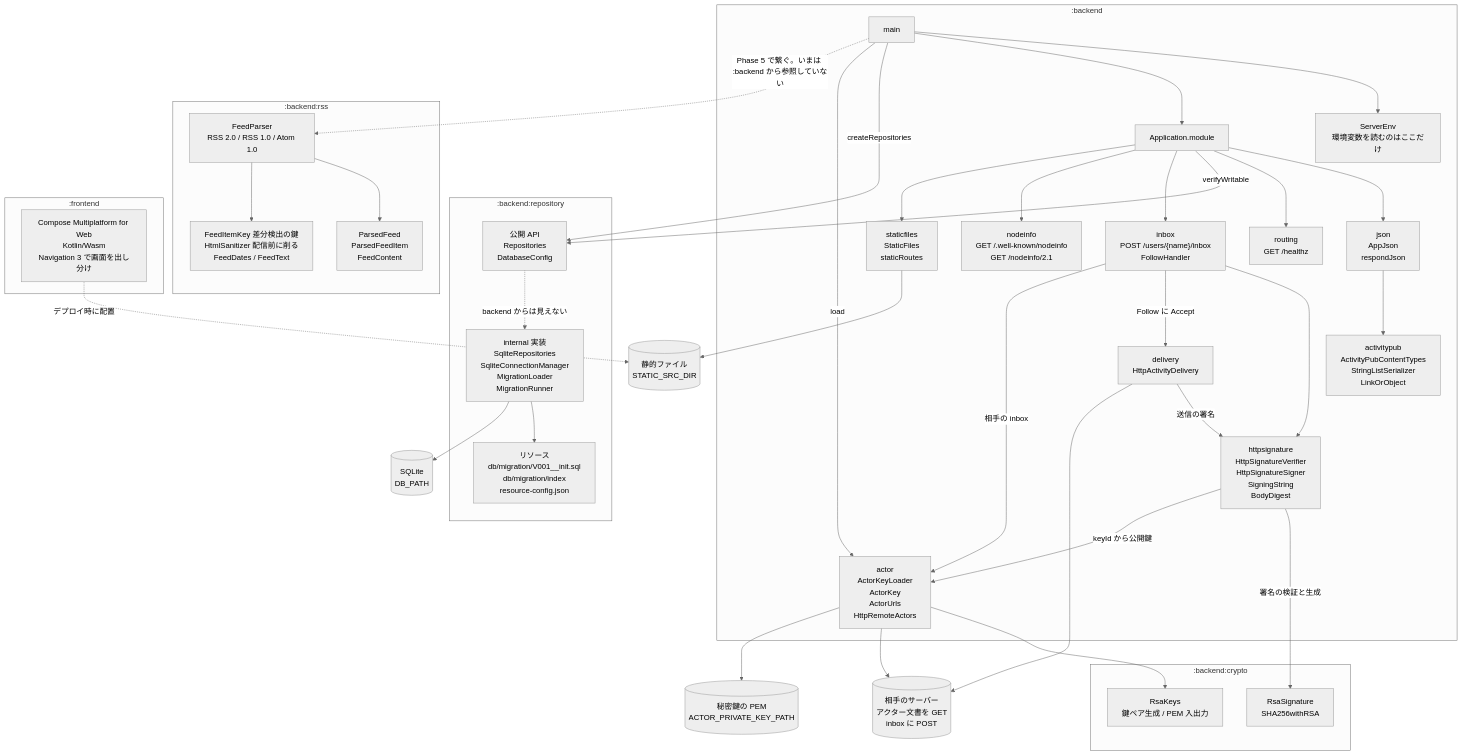
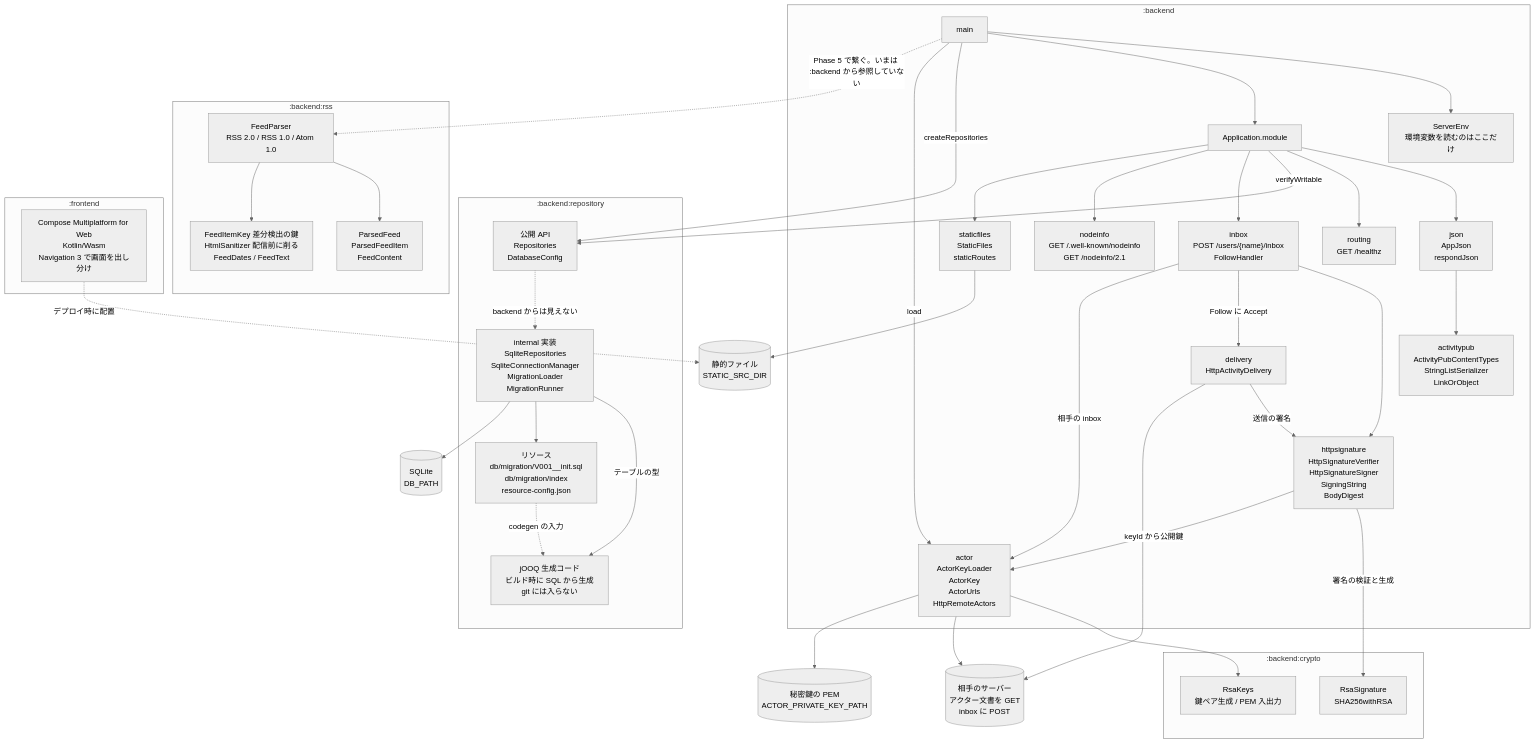
The diagram in README.md (matsudamper/mastodon-rss), drawn with Mermaid (neutral theme) before and after one commit. The commit also changed 9 other files, not shown here.

````diff
--- a/README.md
+++ b/README.md
@@ -14,73 +14,76 @@
 ```mermaid
 flowchart TB
     subgraph backend[":backend"]
         main["main"]
         env["ServerEnv<br/>環境変数を読むのはここだけ"]
         module["Application.module"]
         route["routing<br/>GET /healthz"]
         json["json<br/>AppJson<br/>respondJson"]
         ap["activitypub<br/>ActivityPubContentTypes<br/>StringListSerializer<br/>LinkOrObject"]
         actor["actor<br/>ActorKeyLoader<br/>ActorKey<br/>ActorUrls<br/>HttpRemoteActors"]
         inbox["inbox<br/>POST /users/{name}/inbox<br/>FollowHandler"]
         nodeinfo["nodeinfo<br/>GET /.well-known/nodeinfo<br/>GET /nodeinfo/2.1"]
         sig["httpsignature<br/>HttpSignatureVerifier<br/>HttpSignatureSigner<br/>SigningString<br/>BodyDigest"]
         delivery["delivery<br/>HttpActivityDelivery"]
         static["staticfiles<br/>StaticFiles<br/>staticRoutes"]
     end
 
     subgraph crypto[":backend:crypto"]
         keys["RsaKeys<br/>鍵ペア生成 / PEM 入出力"]
         sign["RsaSignature<br/>SHA256withRSA"]
     end
 
     subgraph repository[":backend:repository"]
         api["公開 API<br/>Repositories<br/>DatabaseConfig"]
         impl["internal 実装<br/>SqliteRepositories<br/>SqliteConnectionManager<br/>MigrationLoader<br/>MigrationRunner"]
+        gen["jOOQ 生成コード<br/>ビルド時に SQL から生成<br/>git には入らない"]
         res["リソース<br/>db/migration/V001__init.sql<br/>db/migration/index<br/>resource-config.json"]
     end
 
     subgraph rss[":backend:rss"]
         parser["FeedParser<br/>RSS 2.0 / RSS 1.0 / Atom 1.0"]
         feedmodel["ParsedFeed<br/>ParsedFeedItem<br/>FeedContent"]
         feedutil["FeedItemKey 差分検出の鍵<br/>HtmlSanitizer 配信前に削る<br/>FeedDates / FeedText"]
     end
 
     subgraph frontend[":frontend"]
         compose["Compose Multiplatform for Web<br/>Kotlin/Wasm<br/>Navigation 3 で画面を出し分け"]
     end
 
     db[("SQLite<br/>DB_PATH")]
 
     main --> env
     main --> module
     module --> json
     module --> route
     json --> ap
     main -->|createRepositories| api
     main -->|load| actor
     module -->|verifyWritable| api
     api -.->|backend からは見えない| impl
+    impl -->|テーブルの型| gen
     impl --> res
+    res -.->|codegen の入力| gen
     impl --> db
     actor --> keys
     module --> inbox
     module --> nodeinfo
     inbox --> sig
     inbox -->|Follow に Accept| delivery
     delivery -->|送信の署名| sig
     sig -->|署名の検証と生成| sign
     sig -->|keyId から公開鍵| actor
     inbox -->|相手の inbox| actor
     remote[("相手のサーバー<br/>アクター文書を GET<br/>inbox に POST")]
     actor --> remote
     delivery --> remote
     key[("秘密鍵の PEM<br/>ACTOR_PRIVATE_KEY_PATH")]
     actor --> key
     dist[("静的ファイル<br/>STATIC_SRC_DIR")]
     module --> static
     static --> dist
     compose -.->|デプロイ時に配置| dist
     parser --> feedmodel
     parser --> feedutil
     main -.->|Phase 5 で繋ぐ。いまは :backend から参照していない| parser
 ```
````
